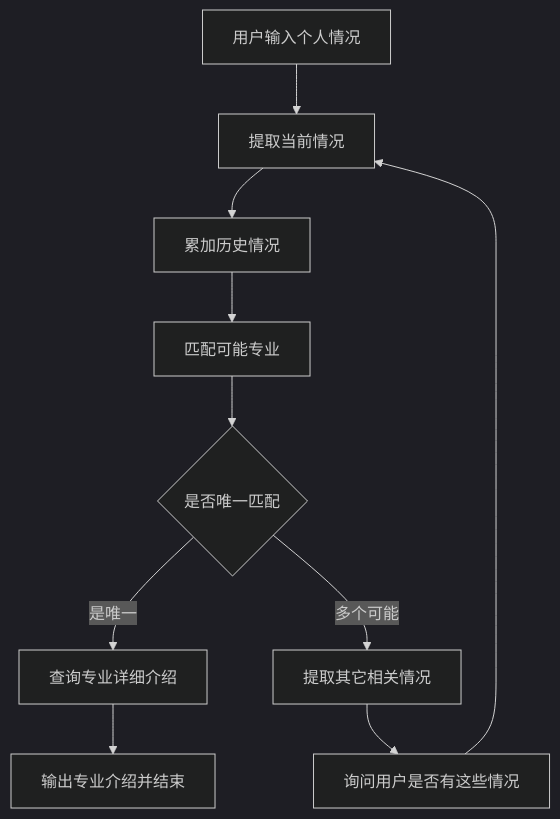
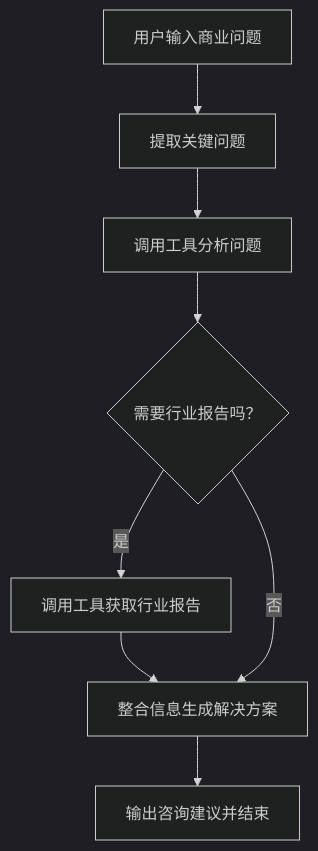
One commit to johnson7788/DecisionAgent changed the diagram in backend/business/README.md. Above: the diagram before and after it, drawn with Mermaid (dark theme). The commit also changed other lines of this file and 5 other files, not shown here.

````diff
--- a/backend/business/README.md
+++ b/backend/business/README.md
@@ -18,16 +19,13 @@
 ```mermaid
 flowchart TD
-    A[用户输入个人情况] --> B[提取当前情况]
-    B --> C[累加历史情况]
-    C --> D[匹配可能专业]
+    A[用户输入商业问题] --> B[提取关键问题]
+    B --> C[调用工具分析问题]
+    C --> D{需要行业报告吗？}
 
-    D --> E{是否唯一匹配}
-    
-    E -- 是唯一 --> F[查询专业详细介绍]
-    
-    E -- 多个可能 --> G[提取其它相关情况]
-    G --> H[询问用户是否有这些情况]
-    H --> B
+    D -- 是 --> E[调用工具获取行业报告]
+    E --> F[整合信息生成解决方案]
 
-    F --> I[输出专业介绍并结束]
+    D -- 否 --> F
+
+    F --> G[输出咨询建议并结束]
 ```
````
